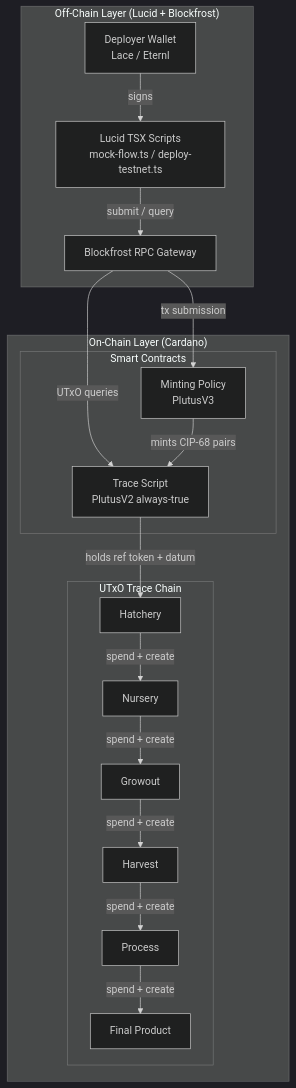
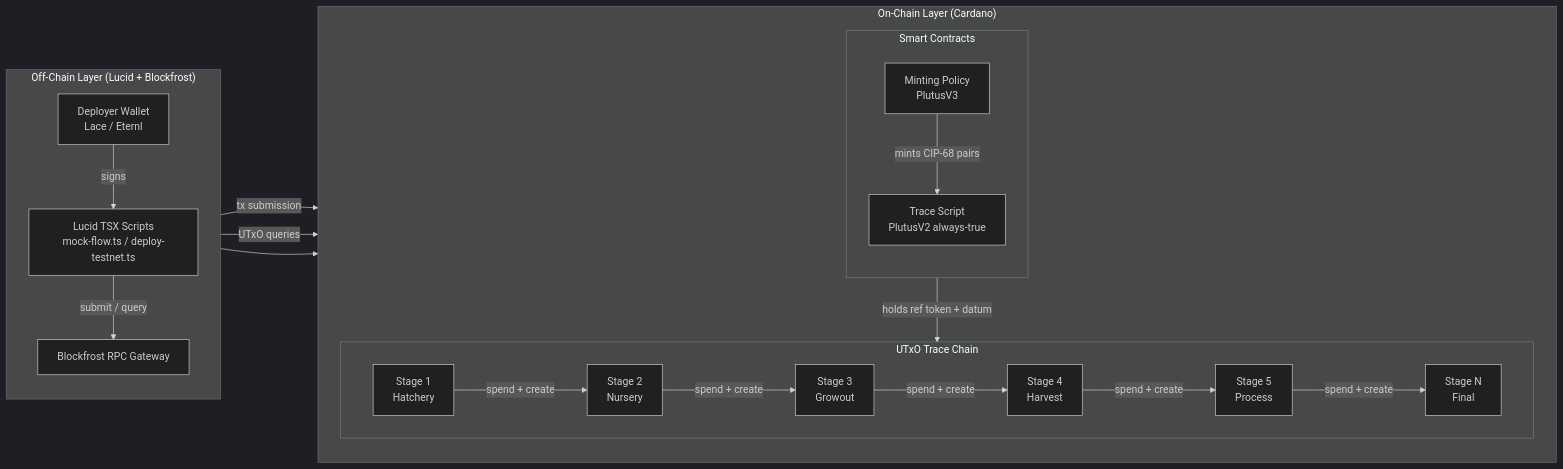
Before and after one commit to Trong-Tra/TORO-Tracing-dApp: the first of 6 diagrams in docs/TORO-Blockchain-System.md, drawn with Mermaid (dark theme).

Commit message:
docs: update system overview mermaid to half-horizontal half-vertical layout

````diff
--- a/docs/TORO-Blockchain-System.md
+++ b/docs/TORO-Blockchain-System.md
@@ -14,36 +14,44 @@
 ```mermaid
-flowchart TB
+flowchart LR
     subgraph OffChain["Off-Chain Layer (Lucid + Blockfrost)"]
+        direction TB
         DW[Deployer Wallet<br/>Lace / Eternl]
         LS[Lucid TSX Scripts<br/>mock-flow.ts / deploy-testnet.ts]
         BF[Blockfrost RPC Gateway]
+
+        DW -->|signs| LS
+        LS -->|submit / query| BF
     end
 
     subgraph OnChain["On-Chain Layer (Cardano)"]
+        direction TB
+
         subgraph Contracts["Smart Contracts"]
+            direction TB
             MP[Minting Policy<br/>PlutusV3]
             TS[Trace Script<br/>PlutusV2 always-true]
+            MP -->|mints CIP-68 pairs| TS
         end
 
         subgraph UTxOChain["UTxO Trace Chain"]
-            H[Hatchery]
-            N[Nursery]
-            G[Growout]
-            HV[Harvest]
-            P[Process]
-            F[Final Product]
+            direction LR
+            H[Stage 1<br/>Hatchery]
+            N[Stage 2<br/>Nursery]
+            G[Stage 3<br/>Growout]
+            HV[Stage 4<br/>Harvest]
+            P[Stage 5<br/>Process]
+            F[Stage N<br/>Final]
+
+            H -->|spend + create| N
+            N -->|spend + create| G
+            G -->|spend + create| HV
+            HV -->|spend + create| P
+            P -->|spend + create| F
         end
     end
 
-    DW -->|signs| LS
-    LS -->|submit / query| BF
+    OffChain --> OnChain
     BF -->|tx submission| MP
     BF -->|UTxO queries| TS
-    MP -->|mints CIP-68 pairs| TS
     TS -->|holds ref token + datum| H
-    H -->|spend + create| N
-    N -->|spend + create| G
-    G -->|spend + create| HV
-    HV -->|spend + create| P
-    P -->|spend + create| F
 ```
````
